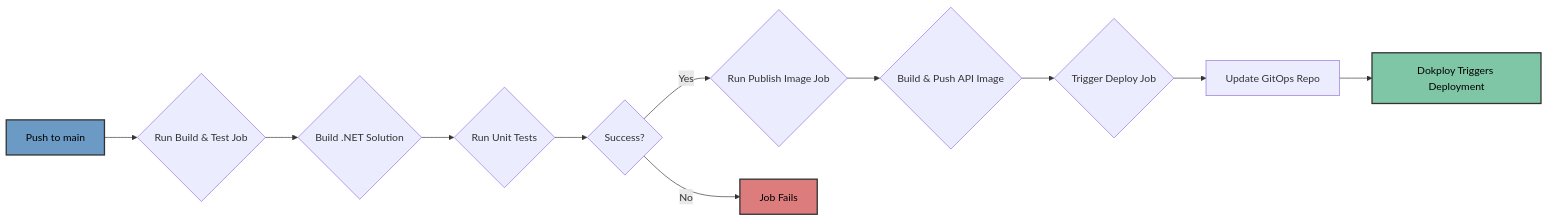
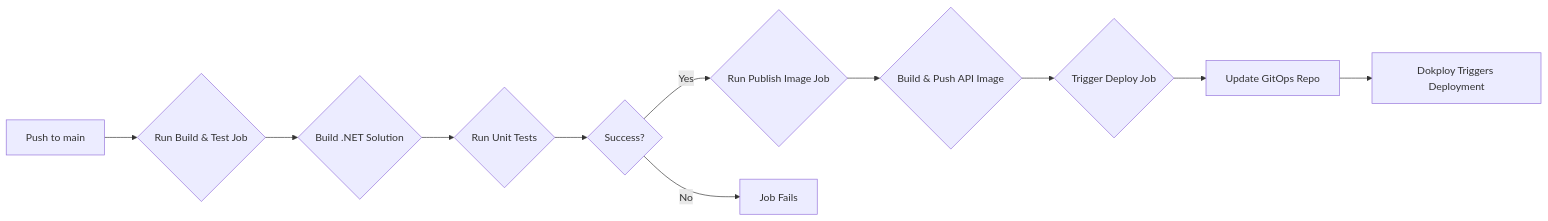
The third of 3 diagrams in README.md (HashirOwais/CloudCare), drawn with Mermaid before and after one commit. The commit also changed other lines of this file, not shown here.

First line of the commit message:
fix(docs): Remove Mermaid style declarations for GitHub rendering

````diff
--- a/README.md
+++ b/README.md
@@ -137,17 +128,13 @@
 ```mermaid
 graph LR
     A[Push to main] --> B{Run Build & Test Job}
     B --> C{Build .NET Solution}
     C --> D{Run Unit Tests}
     D --> E{Success?}
     E -- Yes --> F{Run Publish Image Job}
     F --> G{Build & Push API Image}
     G --> H{Trigger Deploy Job}
     H --> I[Update GitOps Repo]
     I --> J[Dokploy Triggers Deployment]
     E -- No --> K[Job Fails]
-
-    style A fill:#6B9AC4,color:#000,stroke:#333,stroke-width:2px
-    style J fill:#7FC6A6,color:#000,stroke:#333,stroke-width:2px
-    style K fill:#DD7C7C,color:#000,stroke:#333,stroke-width:2px
 ```
````
